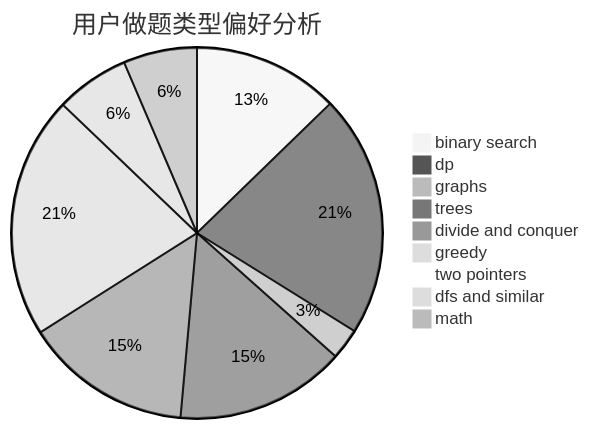
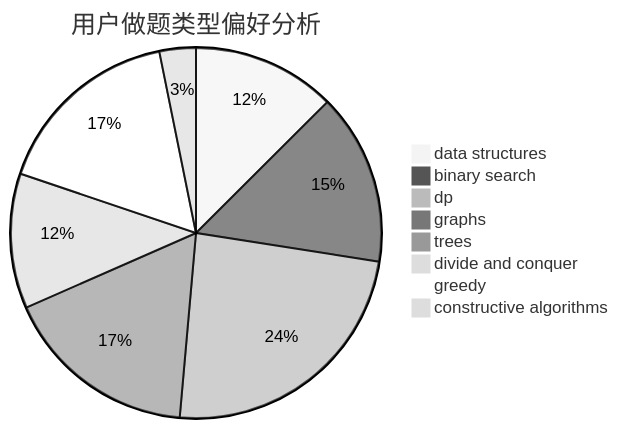
The second of 3 diagrams in docs/user/u15.md (sherpahu/cfrs.github.io), drawn with Mermaid (neutral theme) before and after one commit. The commit also changed other lines of this file and 2775 other files, not shown here.

````diff
--- a/docs/user/u15.md
+++ b/docs/user/u15.md
@@ -23,12 +23,11 @@
 ```mermaid
 pie title 用户做题类型偏好分析
-    "binary search" :  103
-    "dp" :  171
-    "graphs" :  22
-    "trees" :  120
-    "divide and conquer" :  118
-    "greedy" :  171
-    "two pointers" :  0
-    "dfs and similar" :  52
-    "math" :  52
+    "data structures" :  67
+    "binary search" :  80
+    "dp" :  128
+    "graphs" :  3
+    "trees" :  91
+    "divide and conquer" :  63
+    "greedy" :  89
+    "constructive algorithms" :  17
 ```
````
